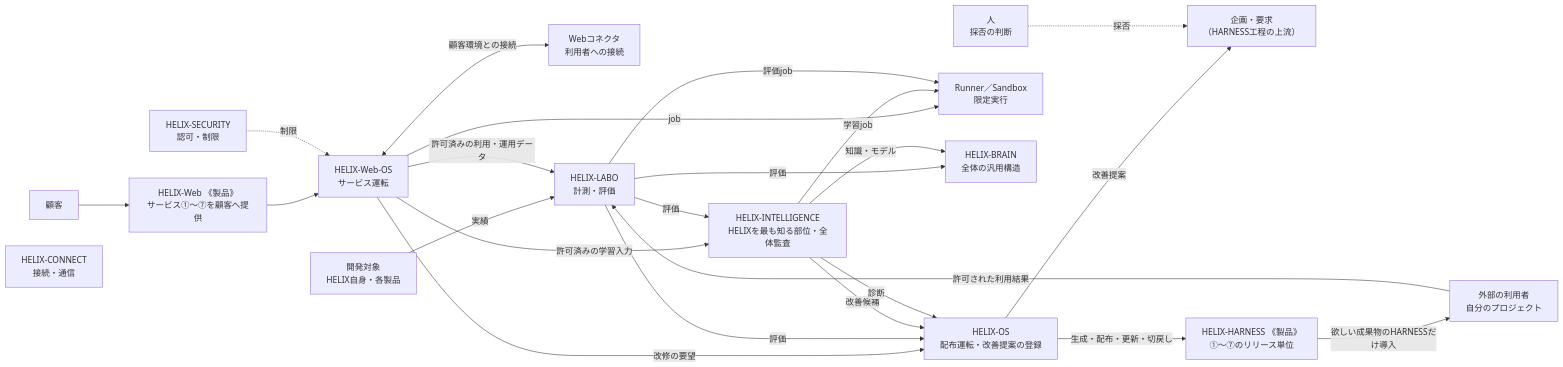
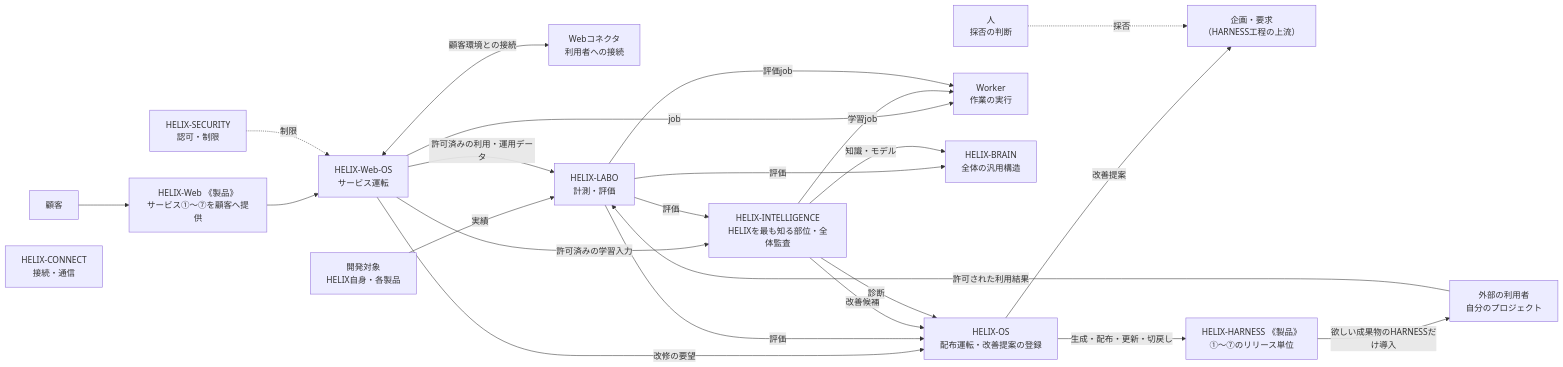
Before and after one commit to RetryYN/HELIX-HARNESS: the third of 3 diagrams in docs/concept/helix-concept.md, drawn with Mermaid. The commit also changed other lines of this file and 8 other files, not shown here.

Commit message:
docs: unify execution actors into Worker and retire Runner/Sandbox, lanes and HELIX subagents

````diff
--- a/docs/concept/helix-concept.md
+++ b/docs/concept/helix-concept.md
@@ -165,42 +163,42 @@
 ```mermaid
 flowchart LR
     REQ2["企画・要求<br/>（HARNESS工程の上流）"]
     Human["人<br/>採否の判断"]
     Targets["開発対象<br/>HELIX自身・各製品"]
     PKG["HELIX-HARNESS 《製品》<br/>①〜⑦のリリース単位"]
     ExtUser["外部の利用者<br/>自分のプロジェクト"]
     Customer["顧客"]
     WEB["HELIX-Web 《製品》<br/>サービス①〜⑦を顧客へ提供"]
     WEBOS["HELIX-Web-OS<br/>サービス運転"]
     WEBCONN["Webコネクタ<br/>利用者への接続"]
     CONNECT["HELIX-CONNECT<br/>接続・通信"]
-    RUNNER["Runner／Sandbox<br/>限定実行"]
+    WORKER["Worker<br/>作業の実行"]
     LABO["HELIX-LABO<br/>計測・評価"]
     INT["HELIX-INTELLIGENCE<br/>HELIXを最も知る部位・全体監査"]
     BRAIN["HELIX-BRAIN<br/>全体の汎用構造"]
     OS["HELIX-OS<br/>配布運転・改善提案の登録"]
     SEC["HELIX-SECURITY<br/>認可・制限"]
 
     OS -->|生成・配布・更新・切戻し| PKG
     PKG -->|欲しい成果物のHARNESSだけ導入| ExtUser
     ExtUser -->|許可された利用結果| LABO
     Customer --> WEB
     WEB --> WEBOS
     WEBOS <-->|顧客環境との接続| WEBCONN
-    WEBOS -->|job| RUNNER
+    WEBOS -->|job| WORKER
     SEC -.->|制限| WEBOS
     Targets -->|実績| LABO
     WEBOS -->|許可済みの利用・運用データ| LABO
     WEBOS -->|許可済みの学習入力| INT
     WEBOS -->|改修の要望| OS
     LABO -->|評価| BRAIN
     LABO -->|評価| INT
     LABO -->|評価| OS
     INT -->|知識・モデル| BRAIN
     INT -->|改善候補| OS
-    INT -->|学習job| RUNNER
-    LABO -->|評価job| RUNNER
+    INT -->|学習job| WORKER
+    LABO -->|評価job| WORKER
     INT -->|診断| OS
     OS -->|改善提案| REQ2
     Human -.->|採否| REQ2
 ```
````
